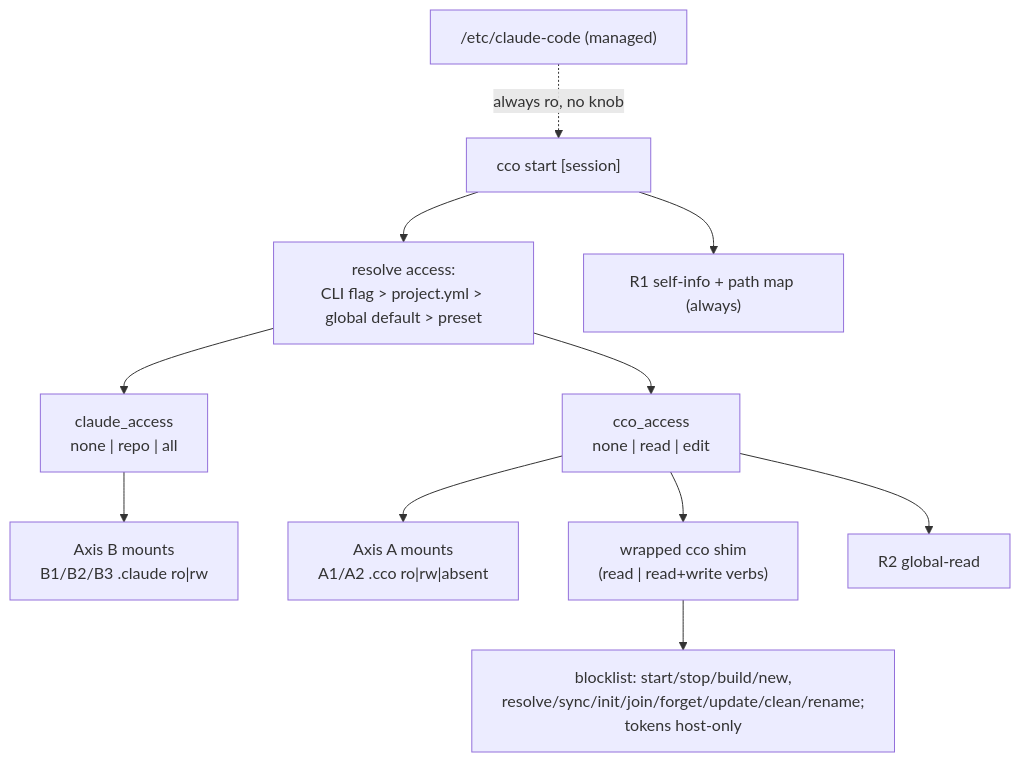
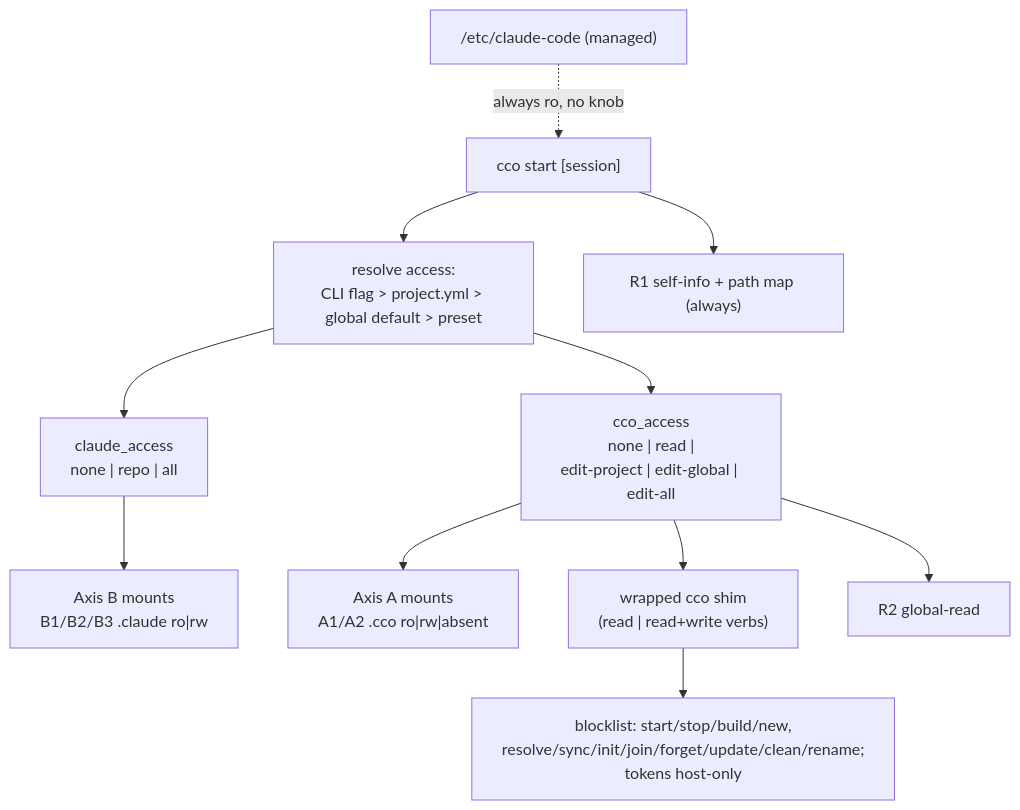
One commit to alergyonthestage/claude-orchestrator changed the diagram in docs/maintainers/configuration/decentralized-config/decisions/0036-session-config-capability-model.md. Above: the diagram before and after it, drawn with Mermaid. The commit also changed other lines of this file, not shown here.

First line of the commit message:
docs: refine ADR-0036 (granular cco_access, caller-context, R1 deferral)

````diff
--- a/docs/maintainers/configuration/decentralized-config/decisions/0036-session-config-capability-model.md
+++ b/docs/maintainers/configuration/decentralized-config/decisions/0036-session-config-capability-model.md
@@ -201,13 +247,13 @@
 ```mermaid
 flowchart TD
   S["cco start [session]"] --> RES["resolve access:<br/>CLI flag &gt; project.yml &gt; global default &gt; preset"]
   RES --> CA["claude_access<br/>none | repo | all"]
-  RES --> XA["cco_access<br/>none | read | edit"]
+  RES --> XA["cco_access<br/>none | read |<br/>edit-project | edit-global | edit-all"]
   CA --> B["Axis B mounts<br/>B1/B2/B3 .claude ro|rw"]
   XA --> A["Axis A mounts<br/>A1/A2 .cco ro|rw|absent"]
   XA --> W["wrapped cco shim<br/>(read | read+write verbs)"]
   XA --> R2["R2 global-read"]
   S --> R1["R1 self-info + path map (always)"]
   MG["/etc/claude-code (managed)"] -. "always ro, no knob" .-> S
   W --> GUARD["blocklist: start/stop/build/new,<br/>resolve/sync/init/join/forget/update/clean/rename;<br/>tokens host-only"]
 ```
````
